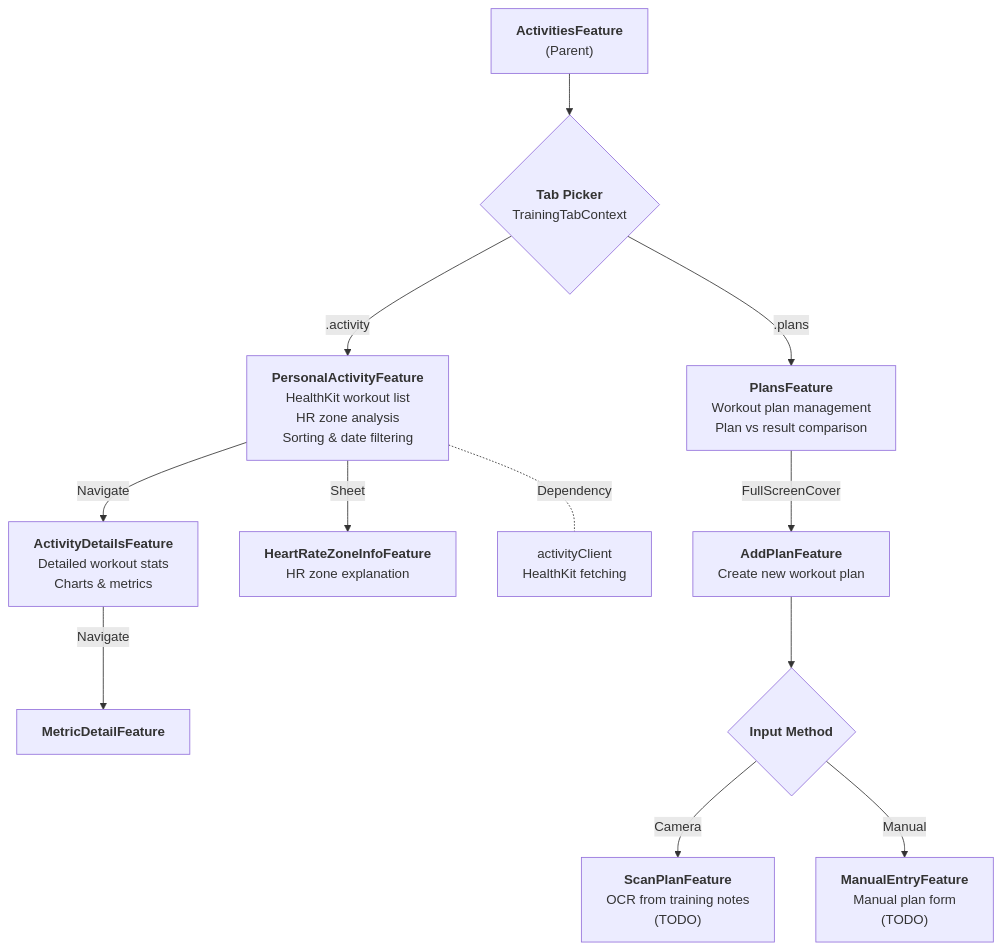
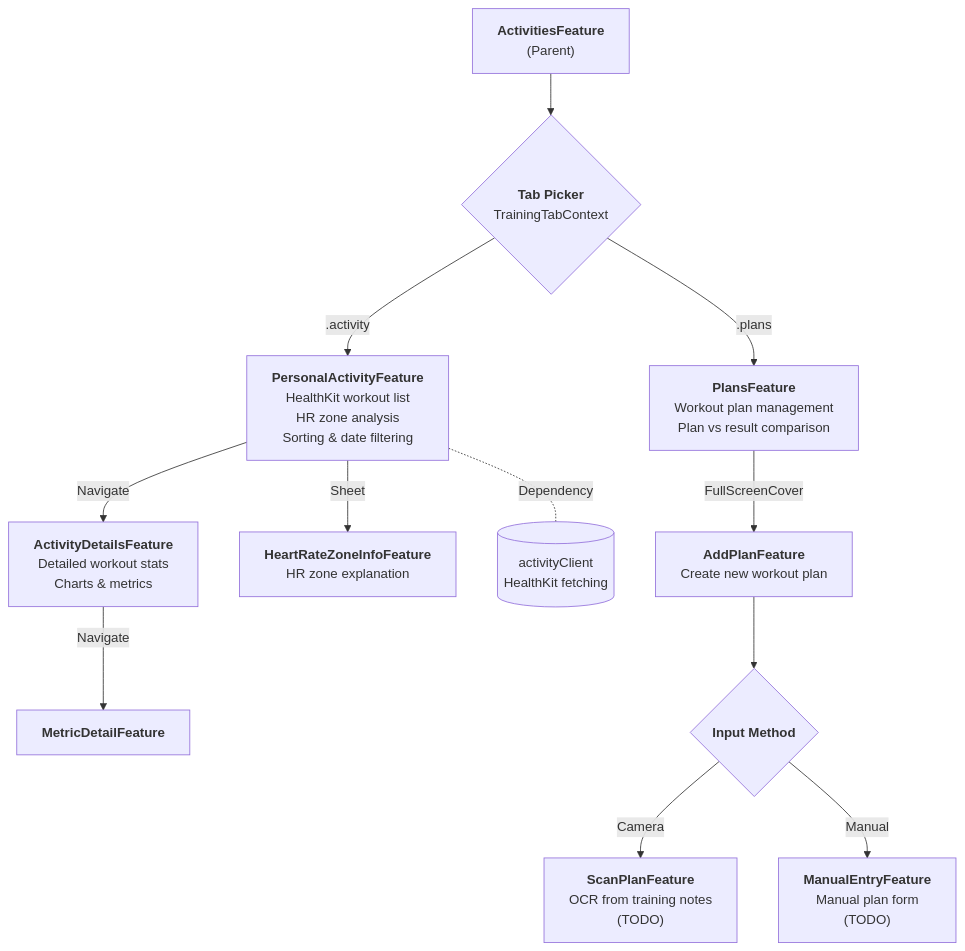
Before and after one commit to SebaKrk/StepTrackerTCA: the diagram in WorkoutMirrorLive/FeaturesNew/ActivitiesTab/ARCHITECTURE-ActivitiesTab.md, drawn with Mermaid.

Commit message:
IOS-00064 Plans

````diff
--- a/WorkoutMirrorLive/FeaturesNew/ActivitiesTab/ARCHITECTURE-ActivitiesTab.md
+++ b/WorkoutMirrorLive/FeaturesNew/ActivitiesTab/ARCHITECTURE-ActivitiesTab.md
@@ -5,31 +5,31 @@
 ```mermaid
 graph TD
 
   %% Root Feature
   ActivitiesFeature["<b>ActivitiesFeature</b><br>(Parent)"]
 
   %% Decision Node - Tab Picker
   ActivitiesFeature --> TabPicker{"<b>Tab Picker</b><br>TrainingTabContext"}
 
   %% Branches from picker
   TabPicker -->|".activity"| PersonalActivity["<b>PersonalActivityFeature</b><br>HealthKit workout list<br>HR zone analysis<br>Sorting & date filtering"]
   TabPicker -->|".plans"| Plans["<b>PlansFeature</b><br>Workout plan management<br>Plan vs result comparison"]
 
   %% PersonalActivity Navigation
   PersonalActivity -->|"Navigate"| ActivityDetails["<b>ActivityDetailsFeature</b><br>Detailed workout stats<br>Charts & metrics"]
   PersonalActivity -->|"Sheet"| HeartRateZoneInfo["<b>HeartRateZoneInfoFeature</b><br>HR zone explanation"]
 
   %% ActivityDetails Children
   ActivityDetails -->|"Navigate"| MetricDetail["<b>MetricDetailFeature</b>"]
 
   %% Plans Navigation
   Plans -->|"FullScreenCover"| AddPlan["<b>AddPlanFeature</b><br>Create new workout plan"]
 
   %% AddPlan Options - Decision
   AddPlan --> AddPlanChoice{"<b>Input Method</b>"}
   AddPlanChoice -->|"Camera"| ScanPlan["<b>ScanPlanFeature</b><br>OCR from training notes<br>(TODO)"]
   AddPlanChoice -->|"Manual"| ManualEntry["<b>ManualEntryFeature</b><br>Manual plan form<br>(TODO)"]
 
-  %% Dependencies
-  PersonalActivity -.-|"Dependency"| ActivityClient["activityClient<br>HealthKit fetching"]
+  %% Dependencies (cylinder shape for clients/services)
+  PersonalActivity -.-|"Dependency"| ActivityClient[("activityClient<br>HealthKit fetching")]
 ```
````
